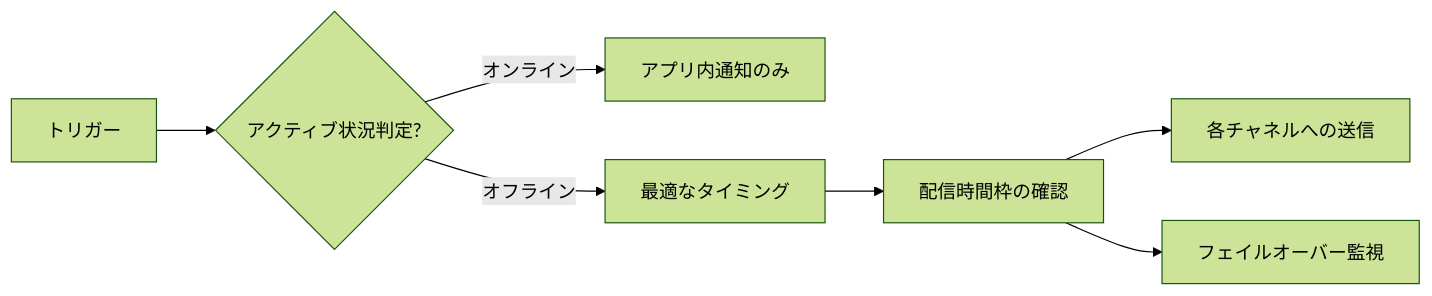
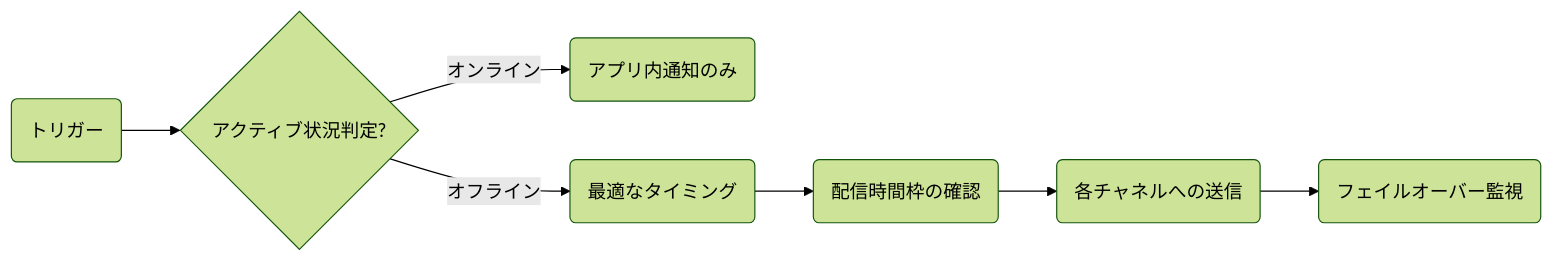
Before and after one commit to KriyanshKhunt/nexus_docs: the diagram in content/docs/ja/platform/features/index.mdx, drawn with Mermaid (forest theme). The commit also changed 20 other files, not shown here.

Commit message:
Handle ja Mermaid charts

````diff
--- a/content/docs/ja/platform/features/index.mdx
+++ b/content/docs/ja/platform/features/index.mdx
@@ -166,9 +166,9 @@
 ```mermaid
 flowchart LR
-  T[トリガー] --> P{アクティブ状況判定?}
-  P -->|オンライン| I[アプリ内通知のみ]
-  P -->|オフライン| S[最適なタイミング]
-  S --> W[配信時間枠の確認]
-  W --> C[各チャネルへの送信]
-  W --> F[フェイルオーバー監視]
+  T(トリガー) --> P{アクティブ状況判定?}
+  P -->|オンライン| I(アプリ内通知のみ)
+  P -->|オフライン| S(最適なタイミング)
+  S --> W(配信時間枠の確認)
+  W --> C(各チャネルへの送信)
+  C --> F(フェイルオーバー監視)
 ```
````
